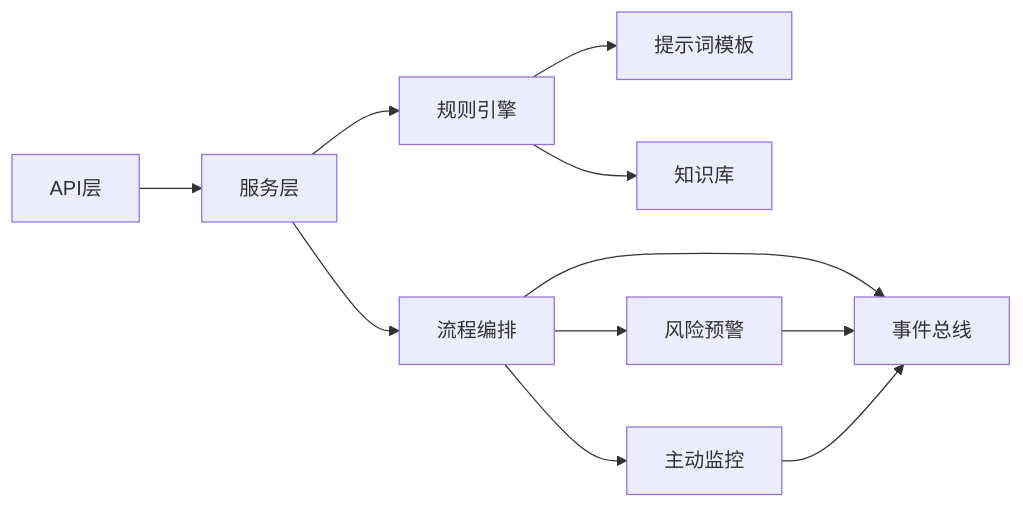
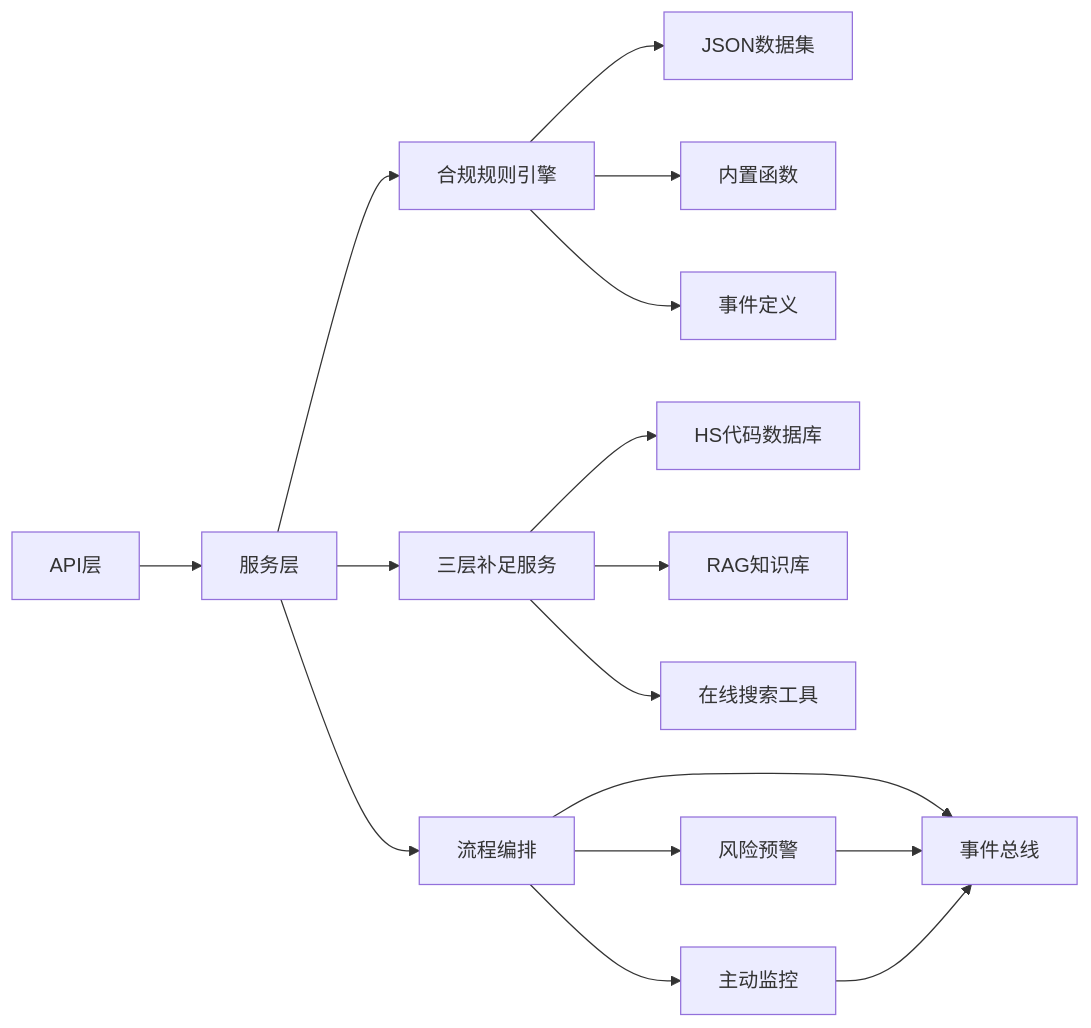
The tenth of 10 diagrams in .qoder/repowiki/zh/content/核心业务模块/合规检查系统/合规检查系统.md (angledick/-), drawn with Mermaid before and after one commit. The commit also changed other lines of this file and 770 other files, not shown here.

````diff
--- a/.qoder/repowiki/zh/content/核心业务模块/合规检查系统/合规检查系统.md
+++ b/.qoder/repowiki/zh/content/核心业务模块/合规检查系统/合规检查系统.md
@@ -355,13 +425,18 @@
 ```mermaid
 graph LR
 API["API层"] --> Service["服务层"]
 Service --> Flow["流程编排"]
-Service --> Rule["规则引擎"]
-Rule --> Prompt["提示词模板"]
-Rule --> KB["知识库"]
+Service --> Rule["合规规则引擎"]
+Service --> Enrich["三层补足服务"]
+Rule --> JSON["JSON数据集"]
+Rule --> Functions["内置函数"]
+Rule --> Events["事件定义"]
+Enrich --> HSDatabase["HS代码数据库"]
+Enrich --> RAG["RAG知识库"]
+Enrich --> Online["在线搜索工具"]
 Flow --> Event["事件总线"]
 Flow --> Risk["风险预警"]
 Flow --> Proactive["主动监控"]
 Risk --> Event
 Proactive --> Event
 ```
````
